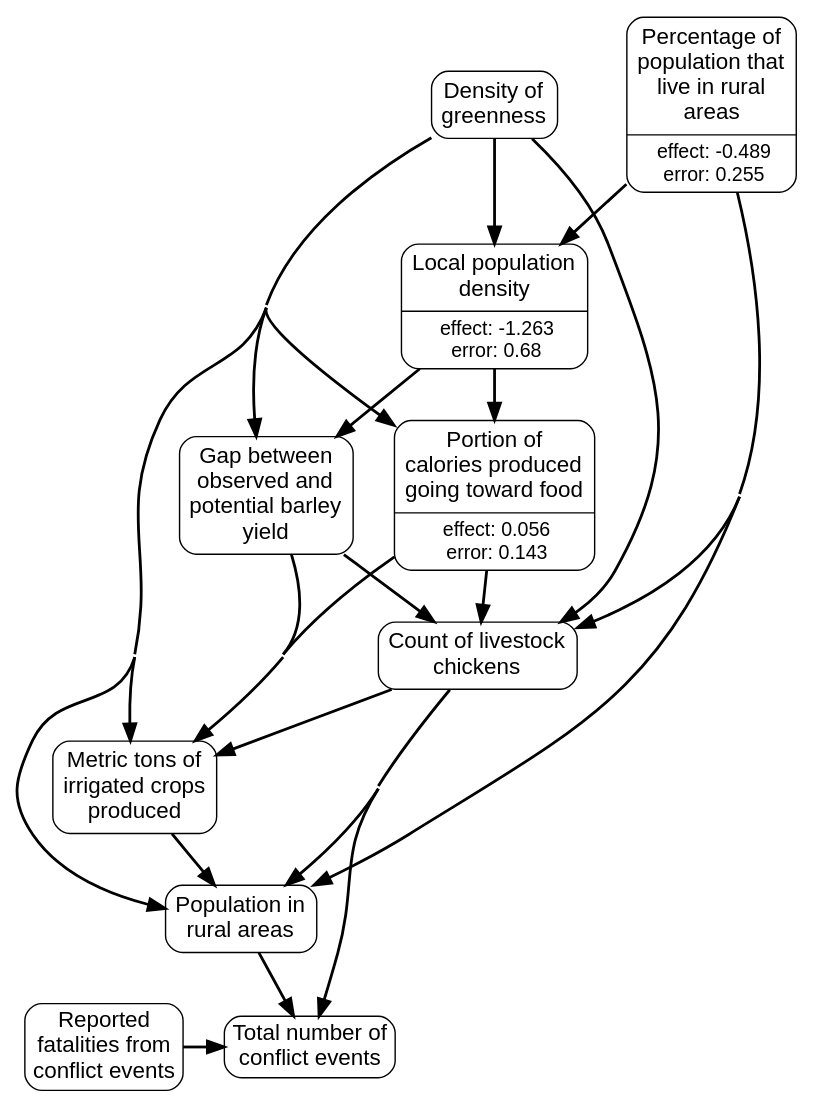
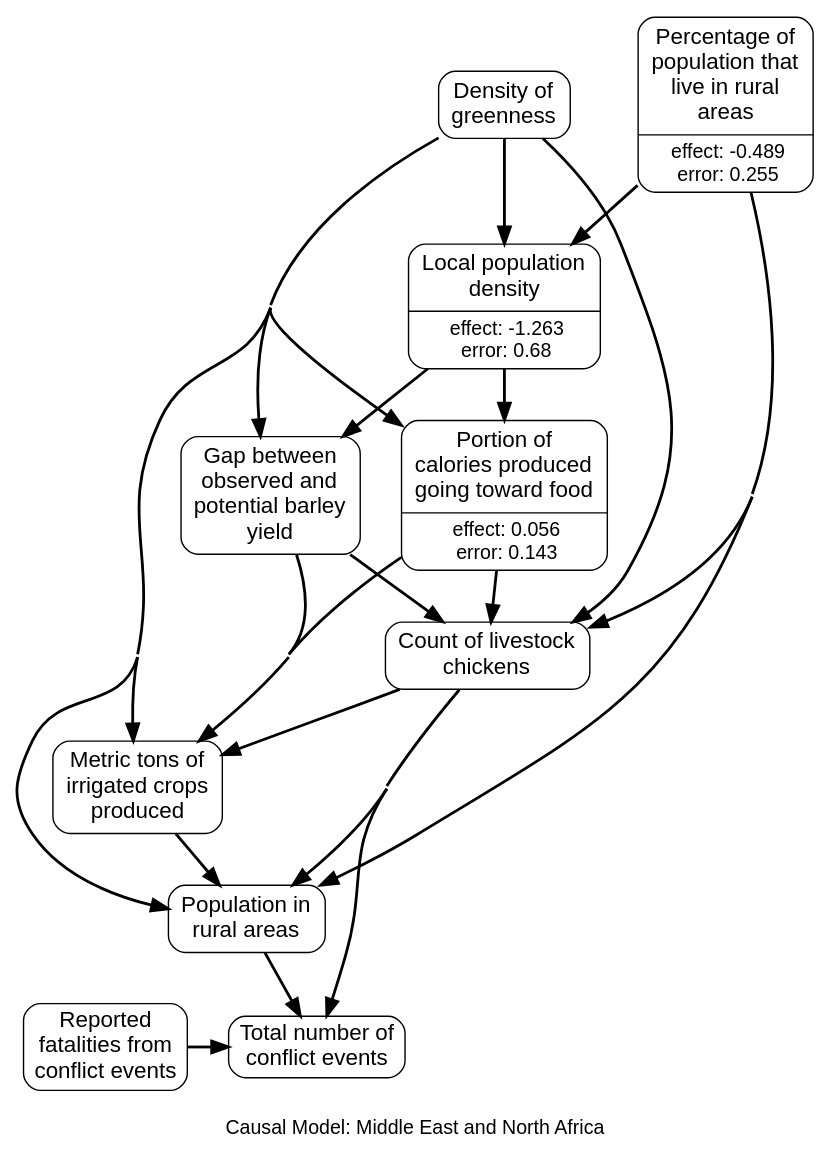
The diagram in app/javascript/images/regions/causal_graphs/middle_east_and_north_africa.gv (wri/wri-wpsi), drawn with Graphviz before and after one commit. The commit also changed 16 other files, not shown here.

```diff
--- a/app/javascript/images/regions/causal_graphs/middle_east_and_north_africa.gv
+++ b/app/javascript/images/regions/causal_graphs/middle_east_and_north_africa.gv
@@ -1,77 +1,81 @@
 # generated file for region: middle_east_and_north_africa by CausalModelRegionGenerator
 strict digraph causalModel {
+fontname="Helvetica, Arial, sans-serif";
+label="
+Causal Model: Middle East and North Africa";
+labelloc = b;
 nodesep = 0.4;
 concentrate = true;
-node[shape = Mrecord, fontname = "Helvetica, Arial, sans-serif", margin = "0.07,0.05", penwidth = 1.0];
+node[shape = Mrecord, fontname = "Helvetica, Arial, sans-serif", margin = "0.10,0.06", penwidth = 1.0];
 edge[arrowsize = 1.2, penwidth = 2];
 
 # nodes
 DeliveredkcalFraction_s [label = <{<table align="center" border="0" cellspacing="1" cellpadding="1">
 <tr><td><font point-size="16">Portion of<br/>calories produced<br/>going toward food<br/></font></td></tr>
 </table>
 |<table border="0" cellspacing="1" cellpadding="0.5"><tr><td><font point-size="14">effect: 0.056</font></td></tr>
 <tr><td><font point-size="14">error: 0.143</font></td></tr></table>}>, class = rankB];
 chicken_number_s [label = <<table align="center" border="0" cellspacing="1" cellpadding="1">
 <tr><td><font point-size="16">Count of livestock<br/>chickens<br/></font></td></tr>
 </table>
 >, class = rankB];
 spam_P_i_avg_s [label = <<table align="center" border="0" cellspacing="1" cellpadding="1">
 <tr><td><font point-size="16">Metric tons of<br/>irrigated crops<br/>produced<br/></font></td></tr>
 </table>
 >, class = rankB];
 rurpop_s [label = <<table align="center" border="0" cellspacing="1" cellpadding="1">
 <tr><td><font point-size="16">Population in<br/>rural areas<br/></font></td></tr>
 </table>
 >, class = rankB];
 yield_gap_barley_s [label = <<table align="center" border="0" cellspacing="1" cellpadding="1">
 <tr><td><font point-size="16">Gap between<br/>observed and<br/>potential barley<br/>yield<br/></font></td></tr>
 </table>
 >, class = rankB];
 rurratio_s [label = <{<table align="center" border="0" cellspacing="1" cellpadding="1">
 <tr><td><font point-size="16">Percentage of<br/>population that<br/>live in rural<br/>areas<br/></font></td></tr>
 </table>
 |<table border="0" cellspacing="1" cellpadding="0.5"><tr><td><font point-size="14">effect: -0.489</font></td></tr>
 <tr><td><font point-size="14">error: 0.255</font></td></tr></table>}>, class = rankA];
 locdensity_y [label = <{<table align="center" border="0" cellspacing="1" cellpadding="1">
 <tr><td><font point-size="16">Local population<br/>density<br/></font></td></tr>
 </table>
 |<table border="0" cellspacing="1" cellpadding="0.5"><tr><td><font point-size="14">effect: -1.263</font></td></tr>
 <tr><td><font point-size="14">error: 0.68</font></td></tr></table>}>, class = rankB];
 ndvi_act_min_m [label = <<table align="center" border="0" cellspacing="1" cellpadding="1">
 <tr><td><font point-size="16">Density of<br/>greenness<br/></font></td></tr>
 </table>
 >, class = rankA];
 acl_sum_evnt_m [label = "Total number of
 conflict events", class = rankC, shape=box, style=rounded, fontsize="16pt"];
 acl_sum_fatl_m [label = "Reported
 fatalities from
 conflict events", class = rankC, shape=box, style=rounded, fontsize="16pt"];
 
 #ranks
 {rank=same; rurratio_s ndvi_act_min_m; }
 {rank=same; acl_sum_evnt_m acl_sum_fatl_m; }
 
 # links
 DeliveredkcalFraction_s -> chicken_number_s;
 DeliveredkcalFraction_s -> spam_P_i_avg_s;
 chicken_number_s -> spam_P_i_avg_s;
 chicken_number_s -> rurpop_s;
 chicken_number_s -> acl_sum_evnt_m;
 spam_P_i_avg_s -> rurpop_s;
 rurpop_s -> acl_sum_evnt_m;
 yield_gap_barley_s -> chicken_number_s;
 yield_gap_barley_s -> spam_P_i_avg_s;
 rurratio_s -> chicken_number_s;
 rurratio_s -> rurpop_s;
 rurratio_s -> locdensity_y;
 locdensity_y -> DeliveredkcalFraction_s;
 locdensity_y -> yield_gap_barley_s;
 ndvi_act_min_m -> DeliveredkcalFraction_s;
 ndvi_act_min_m -> chicken_number_s;
 ndvi_act_min_m -> spam_P_i_avg_s;
 ndvi_act_min_m -> rurpop_s;
 ndvi_act_min_m -> yield_gap_barley_s;
 ndvi_act_min_m -> locdensity_y;
 acl_sum_fatl_m -> acl_sum_evnt_m;
 
 }
```
